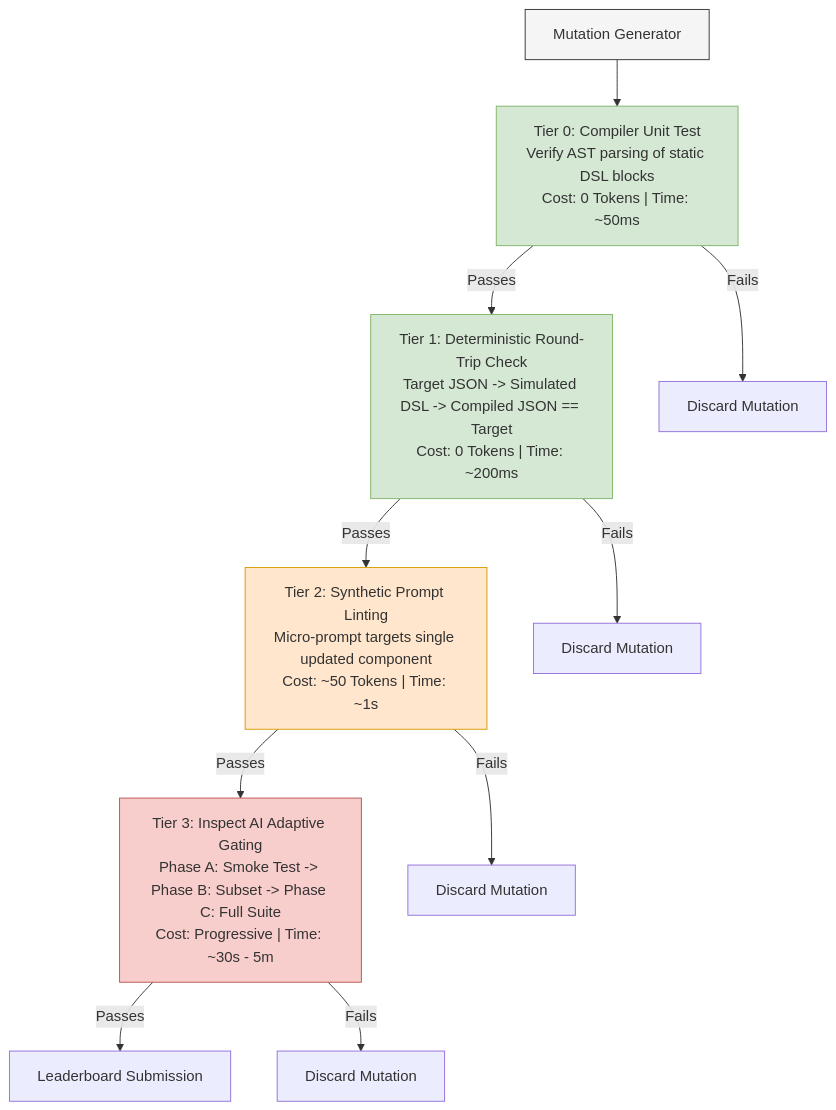
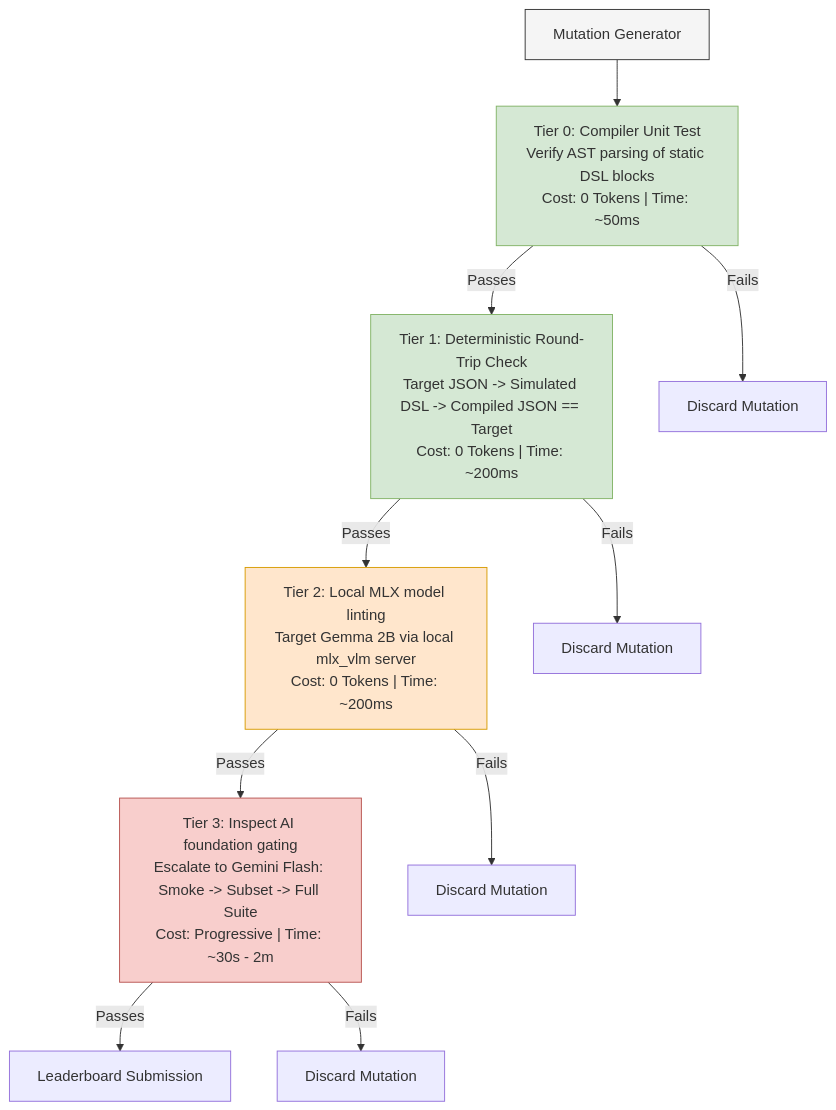
Before and after one commit to gspencergoog/A2UI: the second of 3 diagrams in specification/v1_0/express/evolve_express.md, drawn with Mermaid. The commit also changed other lines of this file, not shown here.

Commit message:
Refine evolve_express.md with concrete implementation roadmap and directory layout

````diff
--- a/specification/v1_0/express/evolve_express.md
+++ b/specification/v1_0/express/evolve_express.md
@@ -74,22 +74,22 @@
 ```mermaid
 graph TD
     Generator[Mutation Generator] --> Tier0["Tier 0: Compiler Unit Test<br/>Verify AST parsing of static DSL blocks<br/>Cost: 0 Tokens | Time: ~50ms"]
 
     Tier0 -->|Passes| Tier1["Tier 1: Deterministic Round-Trip Check<br/>Target JSON -> Simulated DSL -> Compiled JSON == Target<br/>Cost: 0 Tokens | Time: ~200ms"]
     Tier0 -->|Fails| Reject0[Discard Mutation]
 
-    Tier1 -->|Passes| Tier2["Tier 2: Synthetic Prompt Linting<br/>Micro-prompt targets single updated component<br/>Cost: ~50 Tokens | Time: ~1s"]
+    Tier1 -->|Passes| Tier2["Tier 2: Local MLX model linting<br/>Target Gemma 2B via local mlx_vlm server<br/>Cost: 0 Tokens | Time: ~200ms"]
     Tier1 -->|Fails| Reject1[Discard Mutation]
 
-    Tier2 -->|Passes| Tier3["Tier 3: Inspect AI Adaptive Gating<br/>Phase A: Smoke Test -> Phase B: Subset -> Phase C: Full Suite<br/>Cost: Progressive | Time: ~30s - 5m"]
+    Tier2 -->|Passes| Tier3["Tier 3: Inspect AI foundation gating<br/>Escalate to Gemini Flash: Smoke -> Subset -> Full Suite<br/>Cost: Progressive | Time: ~30s - 2m"]
     Tier2 -->|Fails| Reject2[Discard Mutation]
 
     Tier3 -->|Passes| Champion[Leaderboard Submission]
     Tier3 -->|Fails| Reject3[Discard Mutation]
 
     style Generator fill:#f5f5f5,stroke:#333
     style Tier0 fill:#d5e8d4,stroke:#82b366
     style Tier1 fill:#d5e8d4,stroke:#82b366
     style Tier2 fill:#ffe6cc,stroke:#d79b00
     style Tier3 fill:#f8cecc,stroke:#b85450
 ```
````
